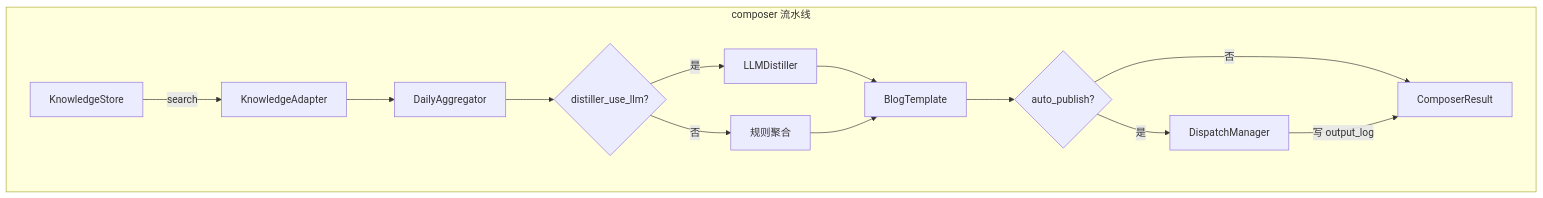
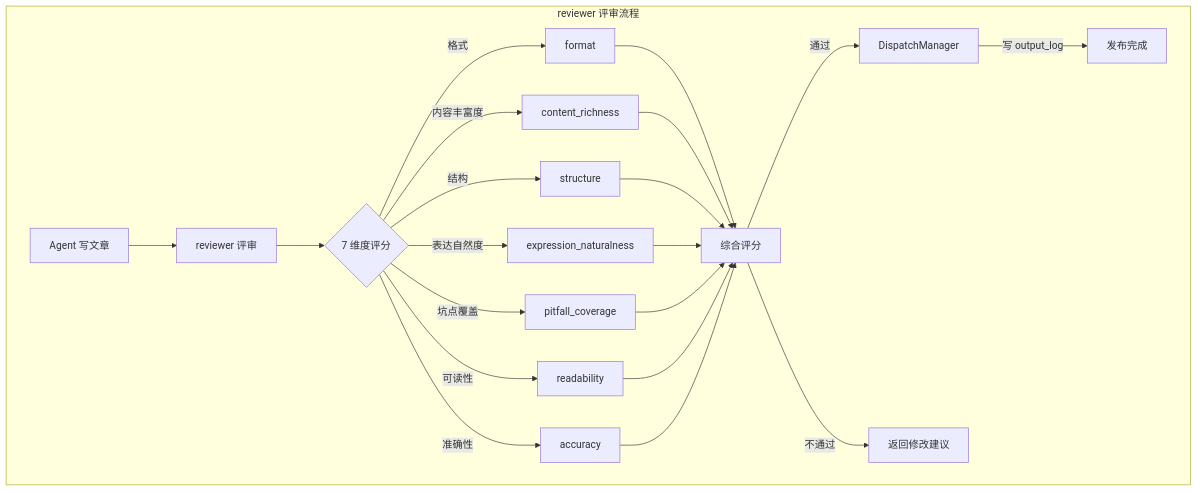
One commit to xinovate/linglong-knowledge changed the second of 7 diagrams in docs/architecture.md. Above: the diagram before and after it, drawn with Mermaid. The commit also changed other lines of this file and 58 other files, not shown here.

First line of the commit message:
refactor: 删除 composer 模块，新建 reviewer 评审模块

````diff
--- a/docs/architecture.md
+++ b/docs/architecture.md
@@ -73,16 +73,18 @@
 ```mermaid
 graph TD
-    subgraph composer 流水线
-        A[KnowledgeStore] -->|search| B[KnowledgeAdapter]
-        B --> C[DailyAggregator]
-        C --> D{distiller_use_llm?}
-        D -->|是| E[LLMDistiller]
-        D -->|否| F[规则聚合]
-        E --> G[BlogTemplate]
-        F --> G
-        G --> H{auto_publish?}
-        H -->|是| I[DispatchManager]
-        H -->|否| J[ComposerResult]
-        I -->|写 output_log| J
+    subgraph reviewer 评审流程
+        A[Agent 写文章] --> B[reviewer 评审]
+        B --> C{7 维度评分}
+        C -->|格式| D1[format]
+        C -->|内容丰富度| D2[content_richness]
+        C -->|结构| D3[structure]
+        C -->|表达自然度| D4[expression_naturalness]
+        C -->|坑点覆盖| D5[pitfall_coverage]
+        C -->|可读性| D6[readability]
+        C -->|准确性| D7[accuracy]
+        D1 & D2 & D3 & D4 & D5 & D6 & D7 --> E[综合评分]
+        E -->|通过| F[DispatchManager]
+        E -->|不通过| G[返回修改建议]
+        F -->|写 output_log| H[发布完成]
     end
 ```
````
